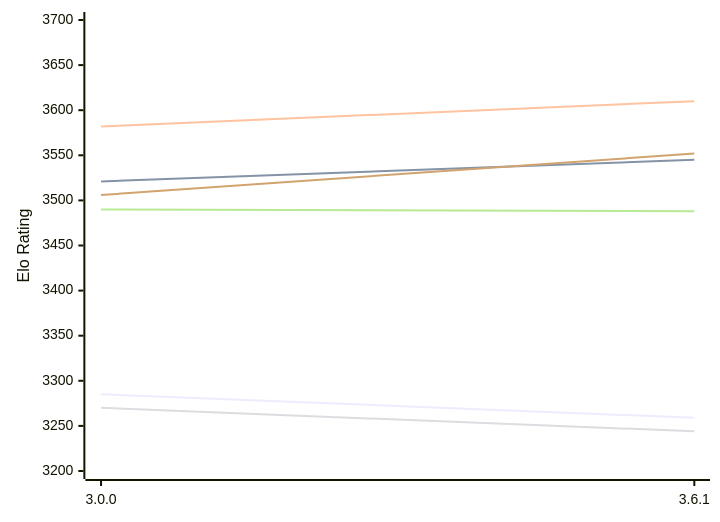
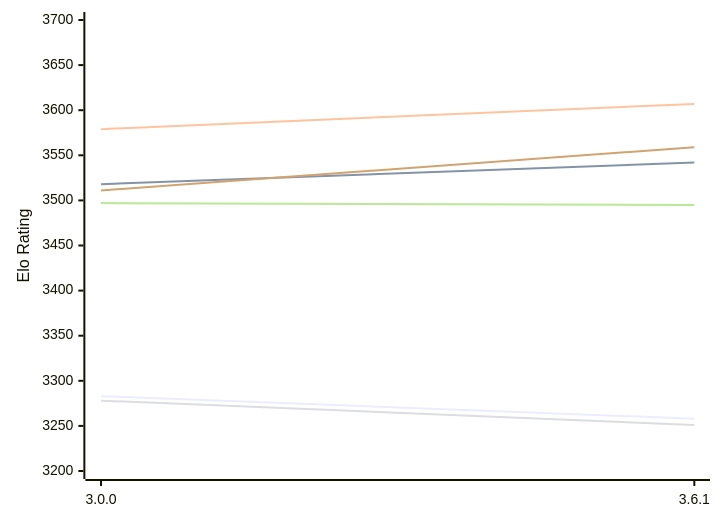
One commit to computer-chess-index/cci changed the diagram in engines/Peras.md. Above: the diagram before and after it, drawn with Mermaid. The commit also changed other lines of this file, not shown here.

Commit message:
Update CCI Ratings (ELO VLTC) - 2026-11-23

````diff
--- a/engines/Peras.md
+++ b/engines/Peras.md
@@ -49,12 +49,12 @@
 ```mermaid
 %%{init: {"theme":"base","themeVariables":{"seriesColors:['#a3a3a3','#222221','#faa371']}}}%%
 xychart-beta
   x-axis ["3.0.0", "3.6.1"]
   y-axis "Elo Rating" 3200 --> 3700
-  line "E1: STC (8.0+0.08s)" [3285, 3259]
-  line "E1: LTC (60.0+0.60s)" [3521, 3545]
-  line "E1: VLTC (2m24s+1.12s)" [3582, 3610]
-  line "P1: STC (8.0+0.08s)" [3270, 3244]
-  line "P1: LTC (60.0+0.60s)" [3490, 3488]
-  line "P1: VLTC (2m24s+1.12s)" [3506, 3552]
+  line "E1: STC (8.0+0.08s)" [3283, 3258]
+  line "E1: LTC (60.0+0.60s)" [3518, 3542]
+  line "E1: VLTC (2m24s+1.12s)" [3579, 3607]
+  line "P1: STC (8.0+0.08s)" [3278, 3251]
+  line "P1: LTC (60.0+0.60s)" [3497, 3495]
+  line "P1: VLTC (2m24s+1.12s)" [3511, 3559]
 ```
````
